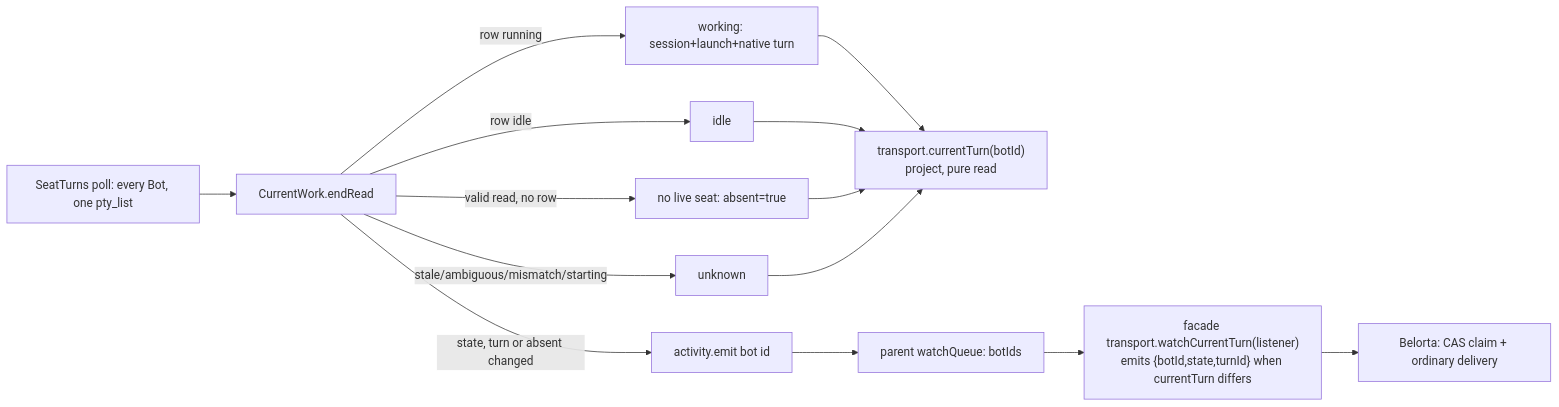
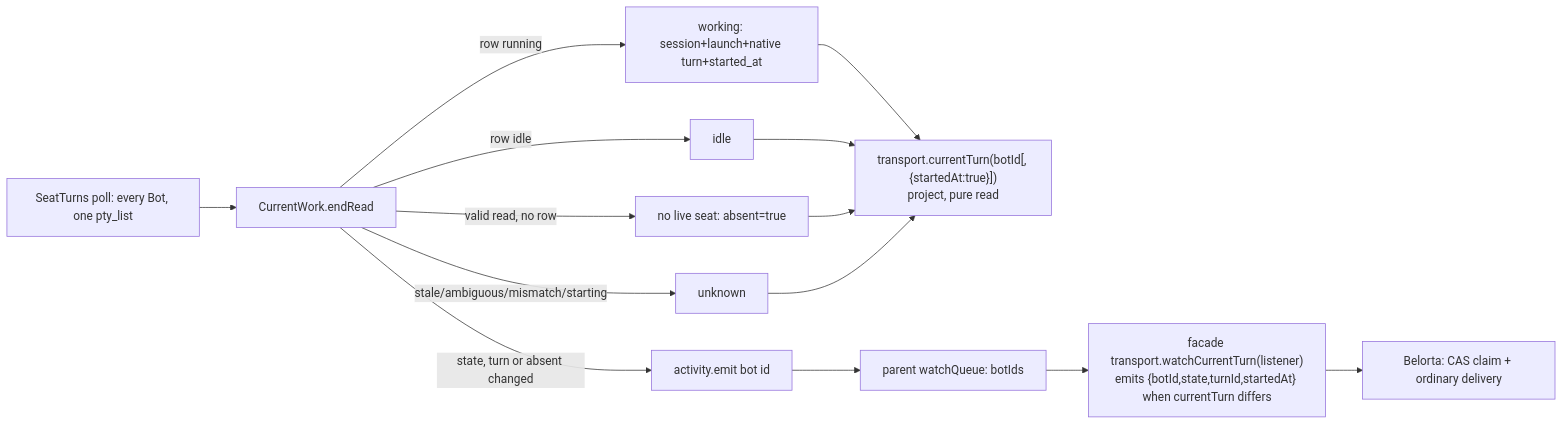
Before and after one commit to kitepon/BellTeam: the second of 2 diagrams in docs/architecture/modules/execution/current-work.md, drawn with Mermaid. The commit also changed other lines of this file and 4 other files, not shown here.

First line of the commit message:
feat(execution): expose the current turn's startedAt on request

````diff
--- a/docs/architecture/modules/execution/current-work.md
+++ b/docs/architecture/modules/execution/current-work.md
@@ -81,13 +81,13 @@
 ```mermaid
 flowchart LR
   Poll[SeatTurns poll: every Bot, one pty_list] --> EndRead[CurrentWork.endRead]
-  EndRead -->|row running| Working[working: session+launch+native turn]
+  EndRead -->|row running| Working[working: session+launch+native turn+started_at]
   EndRead -->|row idle| Idle[idle]
   EndRead -->|valid read, no row| Absent[no live seat: absent=true]
   EndRead -->|stale/ambiguous/mismatch/starting| Unknown[unknown]
-  Working & Idle & Absent & Unknown --> Turn["transport.currentTurn(botId)<br/>project, pure read"]
+  Working & Idle & Absent & Unknown --> Turn["transport.currentTurn(botId[, {startedAt:true}])<br/>project, pure read"]
   EndRead -->|state, turn or absent changed| Notify[activity.emit bot id]
   Notify --> Queue[parent watchQueue: botIds]
-  Queue --> Watch["facade transport.watchCurrentTurn(listener)<br/>emits {botId,state,turnId} when currentTurn differs"]
+  Queue --> Watch["facade transport.watchCurrentTurn(listener)<br/>emits {botId,state,turnId,startedAt} when currentTurn differs"]
   Watch --> Scheduler[Belorta: CAS claim + ordinary delivery]
 ```
````
